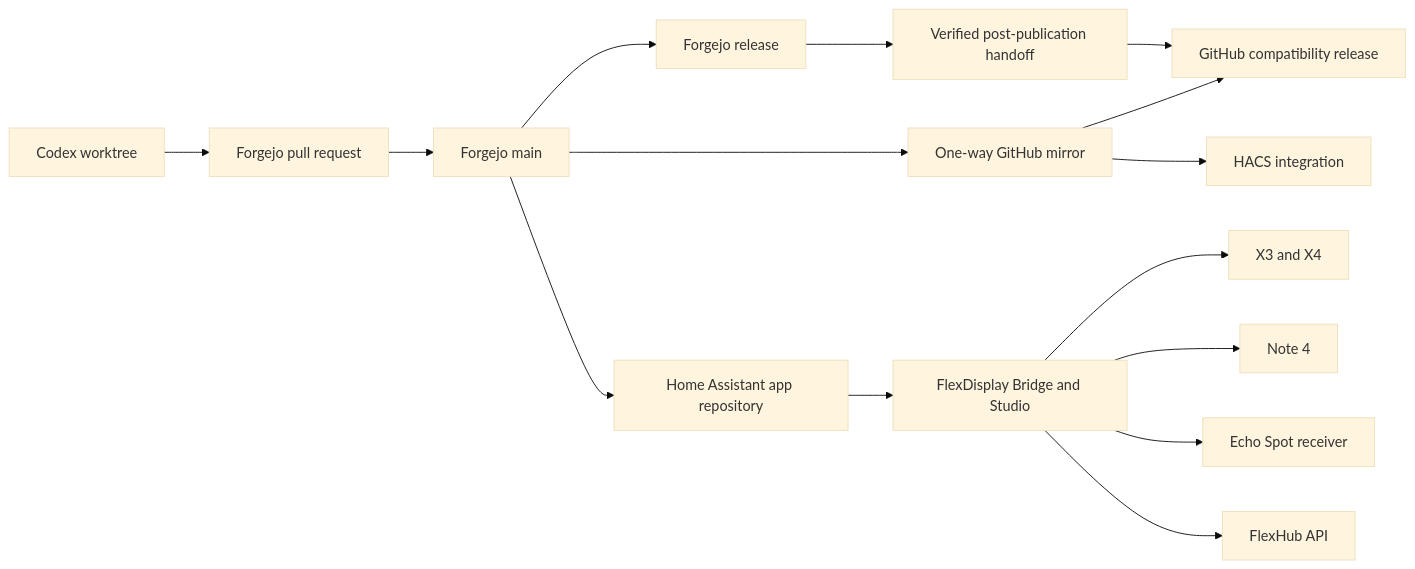
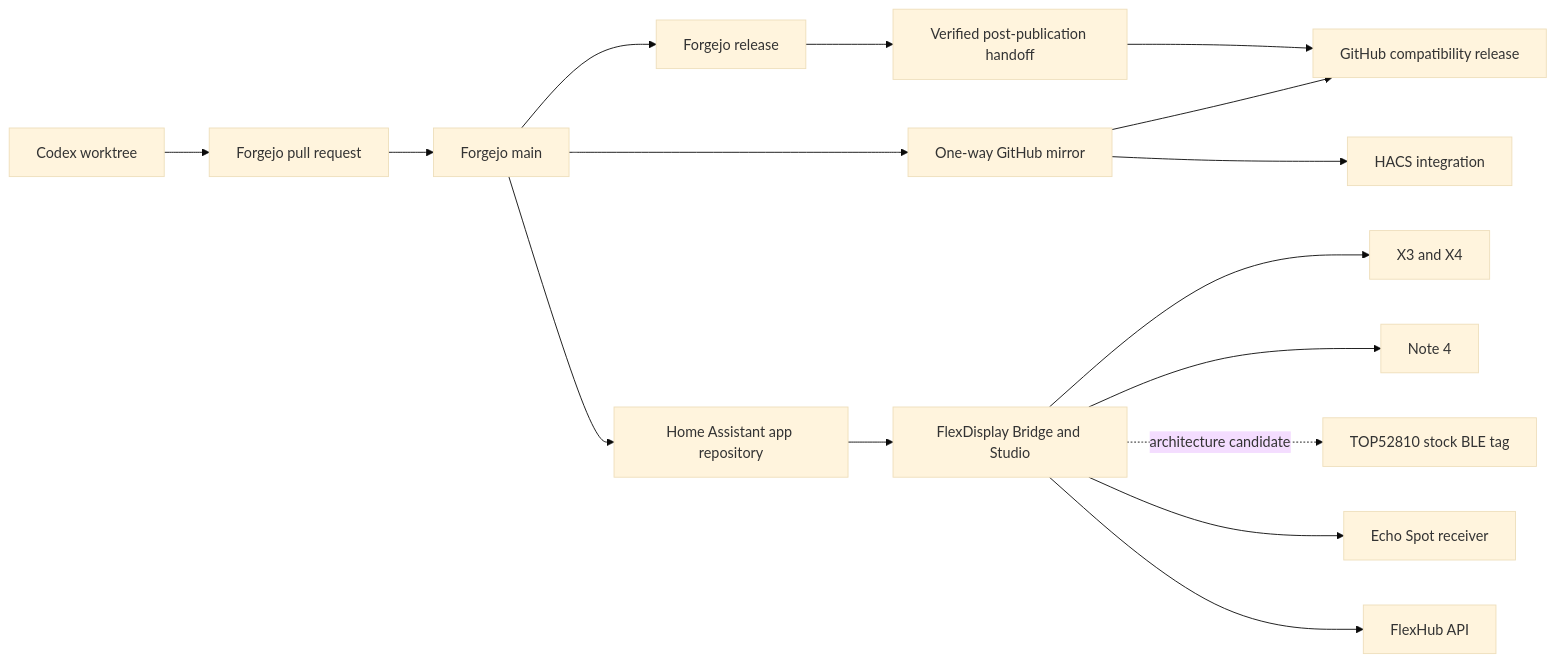
One commit to clintonmarshall/xteink-flexdisplay-ha changed the diagram in docs/ARCHITECTURE.md. Above: the diagram before and after it, drawn with Mermaid (base theme). The commit also changed other lines of this file and 3 other files, not shown here.

Commit message:
Document TOP52810 stock BLE architecture

````diff
--- a/docs/ARCHITECTURE.md
+++ b/docs/ARCHITECTURE.md
@@ -9,17 +9,18 @@
 ```mermaid
 flowchart LR
     C[Codex worktree] --> P[Forgejo pull request]
     P --> M[Forgejo main]
     M --> R[Forgejo release]
     M --> G[One-way GitHub mirror]
     G --> H[HACS integration]
     R --> V[Verified post-publication handoff]
     V --> D[GitHub compatibility release]
     G --> D
     M --> A[Home Assistant app repository]
     A --> B[FlexDisplay Bridge and Studio]
     B --> X[X3 and X4]
     B --> N[Note 4]
+    B -. architecture candidate .-> T[TOP52810 stock BLE tag]
     B --> S[Echo Spot receiver]
     B --> F[FlexHub API]
 ```
````
